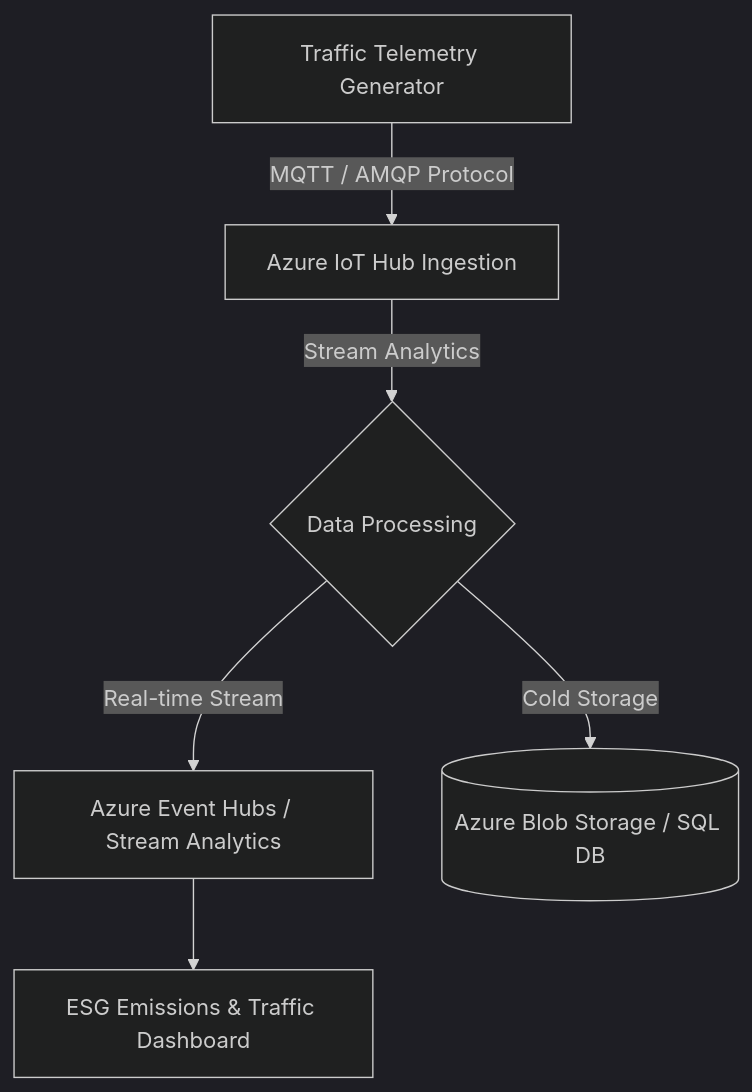
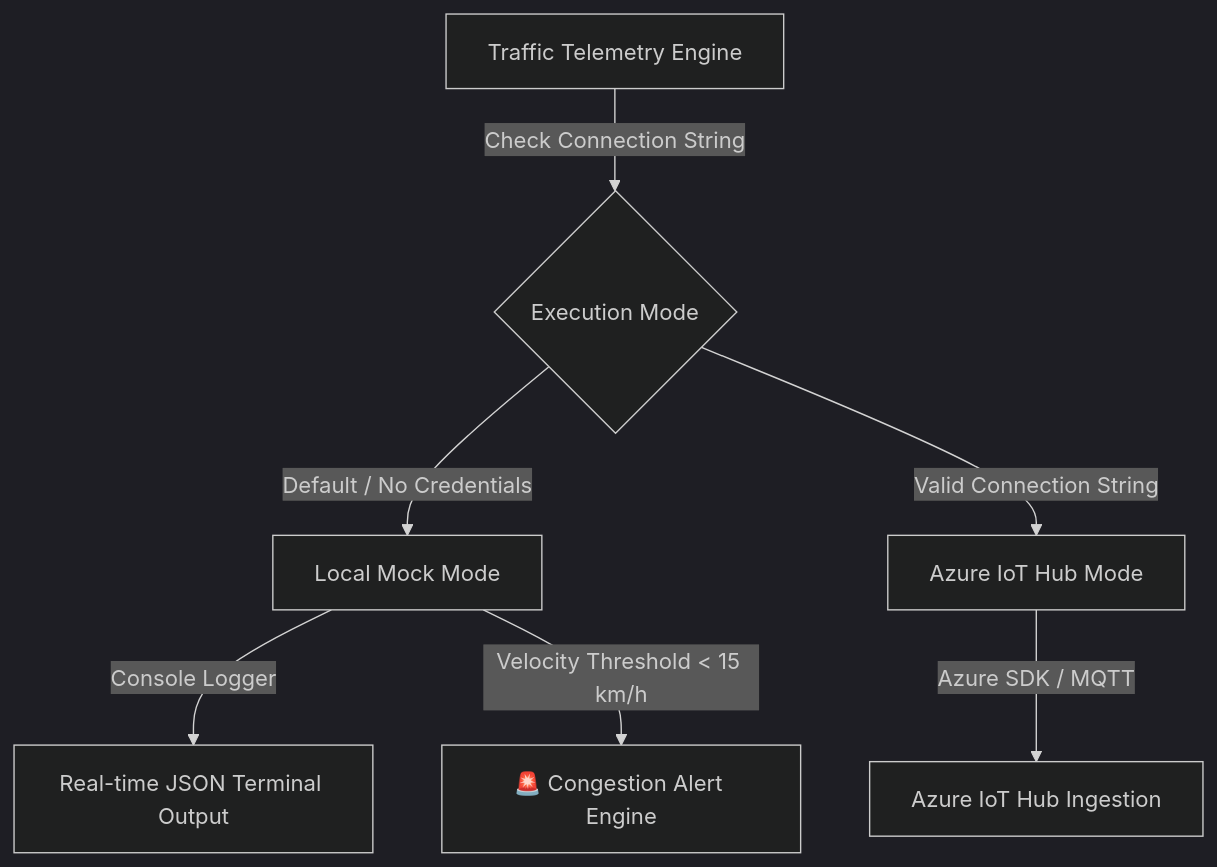
The diagram in README.md (Dmitrizakanilov279/azure-iot-traffic-simulator), drawn with Mermaid (dark theme) before and after one commit. The commit also changed other lines of this file, not shown here.

````diff
--- a/README.md
+++ b/README.md
@@ -9,8 +9,11 @@
 ```mermaid
 graph TD
-    A[Traffic Telemetry Generator] -->|MQTT / AMQP Protocol| B[Azure IoT Hub Ingestion]
-    B -->|Stream Analytics| C{Data Processing}
-    C -->|Real-time Stream| D[Azure Event Hubs / Stream Analytics]
-    C -->|Cold Storage| E[(Azure Blob Storage / SQL DB)]
-    D --> F[ESG Emissions & Traffic Dashboard]
+    A[Traffic Telemetry Engine] -->|Check Connection String| B{Execution Mode}
+    B -->|Default / No Credentials| C[Local Mock Mode]
+    B -->|Valid Connection String| D[Azure IoT Hub Mode]
+    
+    C -->|Console Logger| E[Real-time JSON Terminal Output]
+    C -->|Velocity Threshold < 15 km/h| F[🚨 Congestion Alert Engine]
+    
+    D -->|Azure SDK / MQTT| G[Azure IoT Hub Ingestion]
 ```
````
